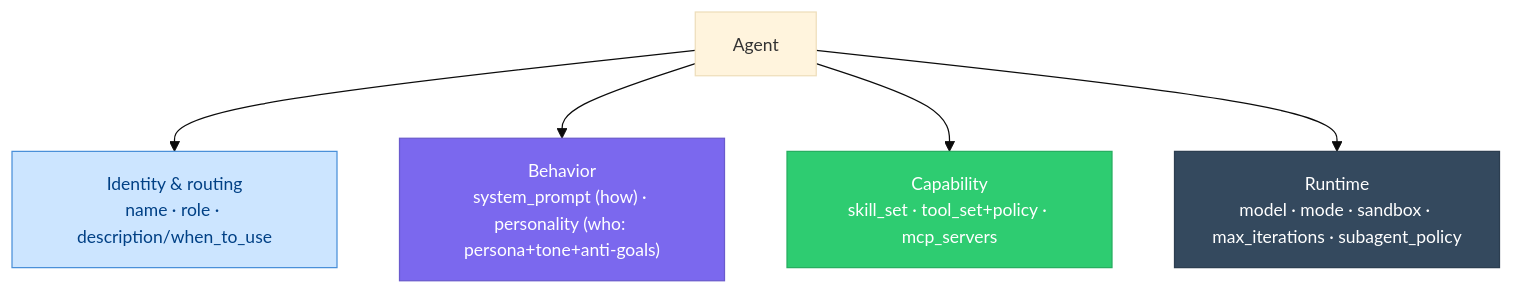
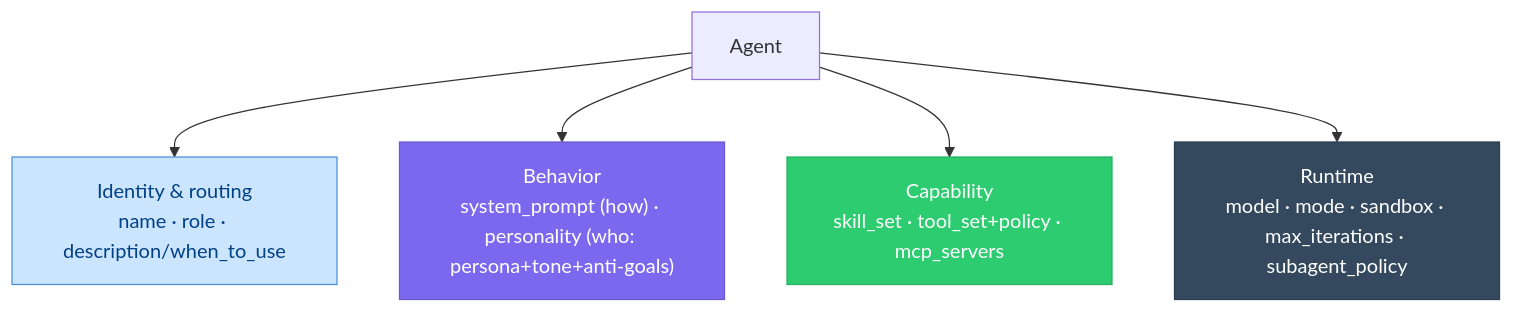
One commit to alex-oleshkevich/dailydrift changed the diagram in specs/agents.md. Above: the diagram before and after it, drawn with Mermaid. The commit also changed 44 other files, not shown here.

````diff
--- a/specs/agents.md
+++ b/specs/agents.md
@@ -221,19 +221,18 @@
 ```mermaid
-%%{init: {'theme': 'base', 'themeVariables': {'fontSize': '14px'}}}%%
 flowchart TB
     classDef id fill:#CCE5FF,stroke:#4A90D9,color:#004085
     classDef beh fill:#7B68EE,stroke:#6A5ACD,color:#fff
     classDef cap fill:#2ECC71,stroke:#27AE60,color:#fff
     classDef run fill:#34495E,stroke:#2C3E50,color:#fff
 
     A["Agent"]
-    ID["Identity & routing\nname · role · description/when_to_use"]:::id
-    BEH["Behavior\nsystem_prompt (how) · personality (who: persona+tone+anti-goals)"]:::beh
-    CAP["Capability\nskill_set · tool_set+policy · mcp_servers"]:::cap
-    RUN["Runtime\nmodel · mode · sandbox · max_iterations · subagent_policy"]:::run
+    ID["Identity & routing<br/>name · role · description/when_to_use"]:::id
+    BEH["Behavior<br/>system_prompt (how) · personality (who: persona+tone+anti-goals)"]:::beh
+    CAP["Capability<br/>skill_set · tool_set+policy · mcp_servers"]:::cap
+    RUN["Runtime<br/>model · mode · sandbox · max_iterations · subagent_policy"]:::run
 
     A --> ID
     A --> BEH
     A --> CAP
     A --> RUN
 ```
````
